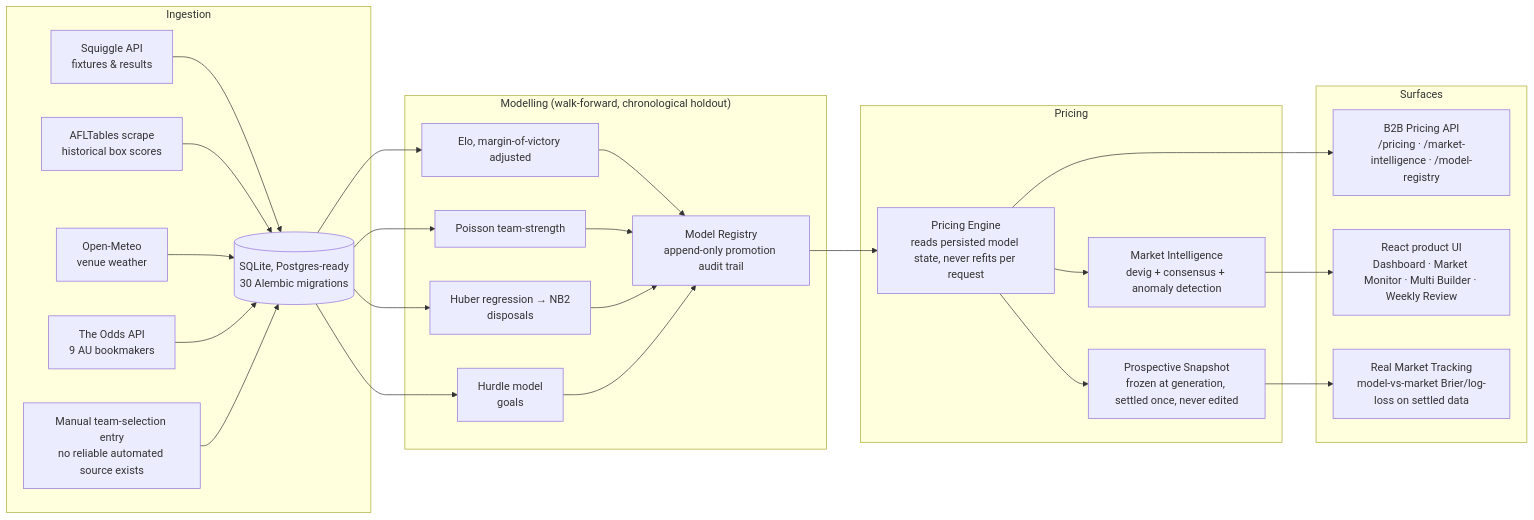
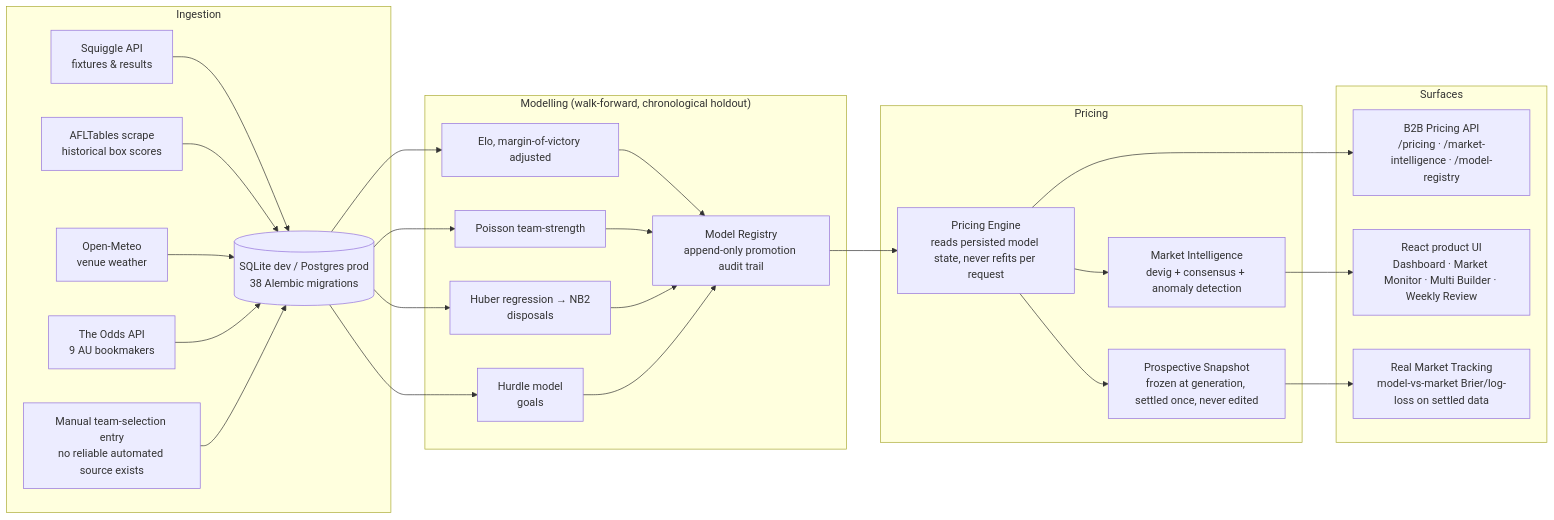
One commit to srat0029-ui/AFL changed the diagram in README.md. Above: the diagram before and after it, drawn with Mermaid. The commit also changed other lines of this file and 68 other files, not shown here.

````diff
--- a/README.md
+++ b/README.md
@@ -33,27 +35,27 @@
 ```mermaid
 flowchart LR
     subgraph Ingestion
-        SQ[Squiggle API<br/>fixtures & results] --> DB[(SQLite, Postgres-ready<br/>30 Alembic migrations)]
+        SQ[Squiggle API<br/>fixtures & results] --> DB[(SQLite dev / Postgres prod<br/>38 Alembic migrations)]
         AT[AFLTables scrape<br/>historical box scores] --> DB
         OM[Open-Meteo<br/>venue weather] --> DB
         OA[The Odds API<br/>9 AU bookmakers] --> DB
         TS[Manual team-selection entry<br/>no reliable automated source exists] --> DB
     end
     subgraph Modelling["Modelling (walk-forward, chronological holdout)"]
         DB --> ELO[Elo, margin-of-victory adjusted]
         DB --> POIS[Poisson team-strength]
         DB --> HUB[Huber regression → NB2<br/>disposals]
         DB --> HUR[Hurdle model<br/>goals]
         ELO & POIS & HUB & HUR --> REG[Model Registry<br/>append-only promotion audit trail]
     end
     subgraph Pricing
         REG --> PE[Pricing Engine<br/>reads persisted model state, never refits per request]
         PE --> MI[Market Intelligence<br/>devig + consensus + anomaly detection]
         PE --> SNAP[Prospective Snapshot<br/>frozen at generation, settled once, never edited]
     end
     subgraph Surfaces
         PE --> API[B2B Pricing API<br/>/pricing · /market-intelligence · /model-registry]
         MI --> UI[React product UI<br/>Dashboard · Market Monitor · Multi Builder · Weekly Review]
         SNAP --> TRACK[Real Market Tracking<br/>model-vs-market Brier/log-loss on settled data]
     end
 ```
````
